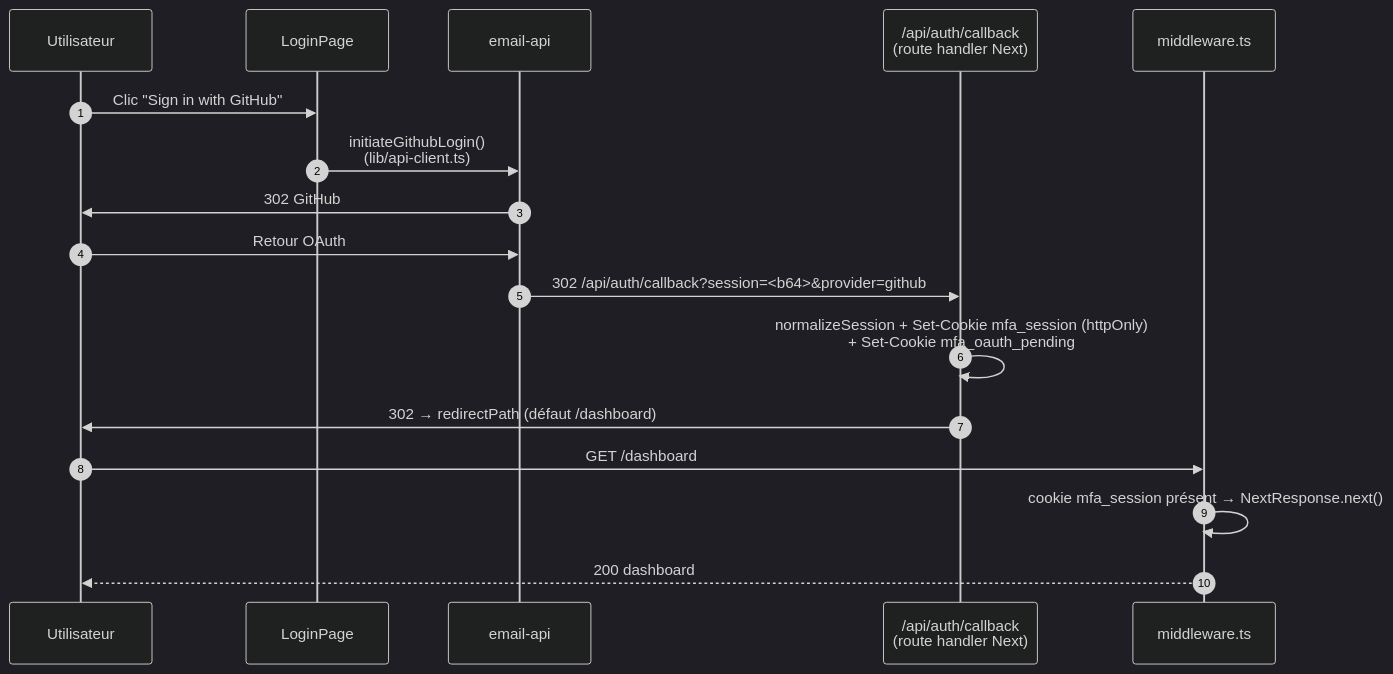
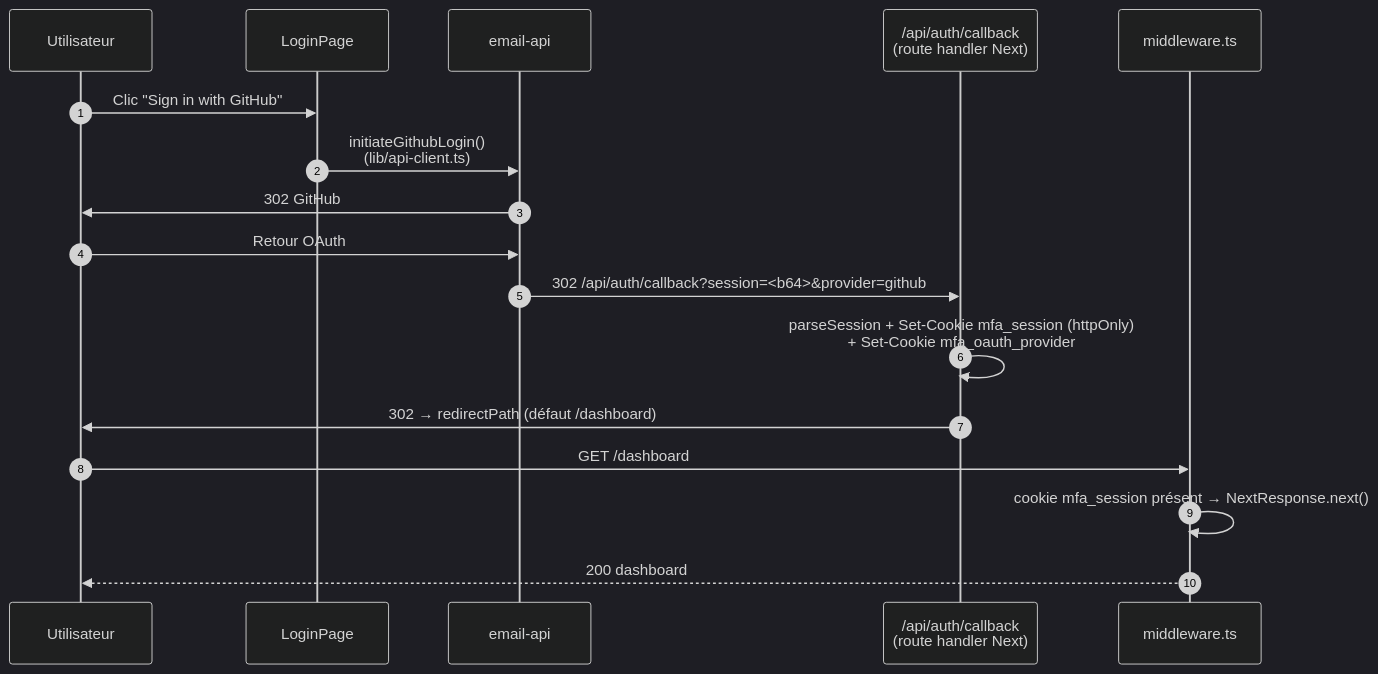
Before and after one commit to canatac/misfits-web: the second of 7 diagrams in docs/SEQUENCE-DIAGRAMS.md, drawn with Mermaid (dark theme). The commit also changed 11 other files, not shown here.

````diff
--- a/docs/SEQUENCE-DIAGRAMS.md
+++ b/docs/SEQUENCE-DIAGRAMS.md
@@ -47,20 +47,20 @@
 ```mermaid
 sequenceDiagram
     autonumber
     participant U as Utilisateur
     participant UI as LoginPage
     participant Backend as email-api
     participant CB as /api/auth/callback<br/>(route handler Next)
     participant Mid as middleware.ts
 
     U->>UI: Clic "Sign in with GitHub"
     UI->>Backend: initiateGithubLogin()<br/>(lib/api-client.ts)
     Backend->>U: 302 GitHub
     U->>Backend: Retour OAuth
     Backend->>CB: 302 /api/auth/callback?session=<b64>&provider=github
-    CB->>CB: normalizeSession + Set-Cookie mfa_session (httpOnly)<br/>+ Set-Cookie mfa_oauth_pending
+    CB->>CB: parseSession + Set-Cookie mfa_session (httpOnly)<br/>+ Set-Cookie mfa_oauth_provider
     CB->>U: 302 → redirectPath (défaut /dashboard)
     U->>Mid: GET /dashboard
     Mid->>Mid: cookie mfa_session présent → NextResponse.next()
     Mid-->>U: 200 dashboard
 ```
````
